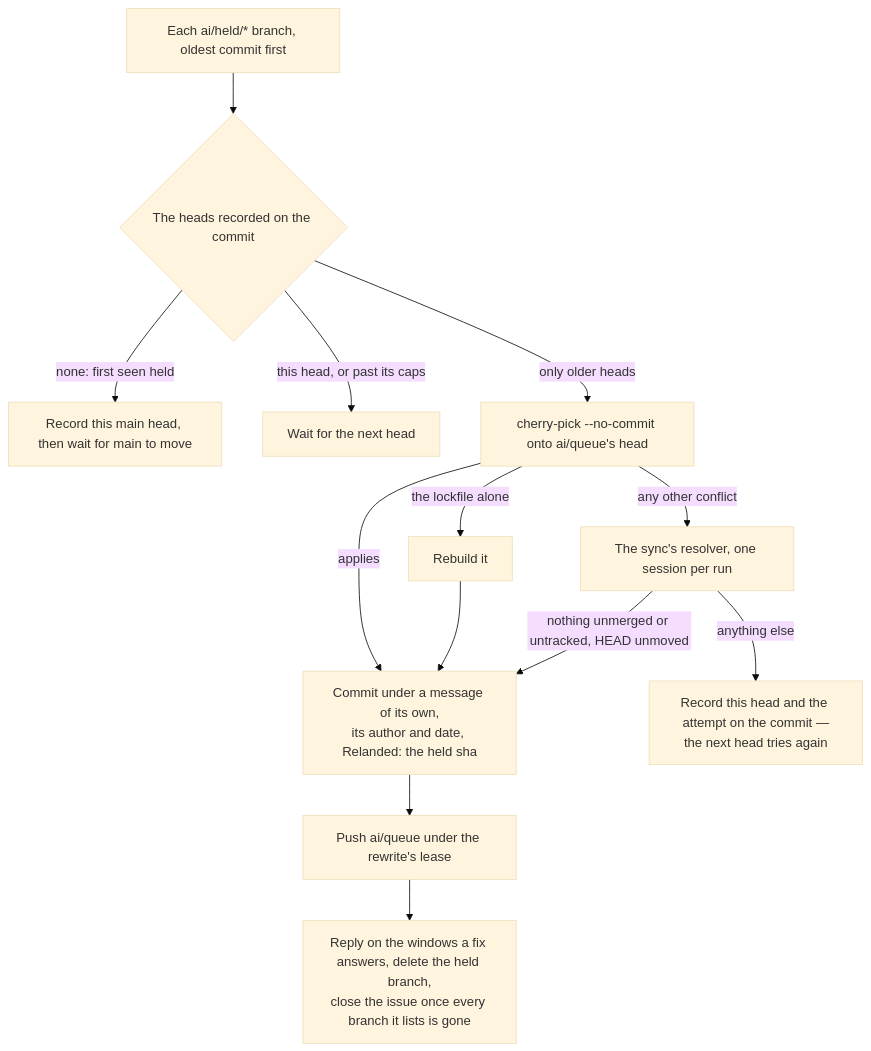
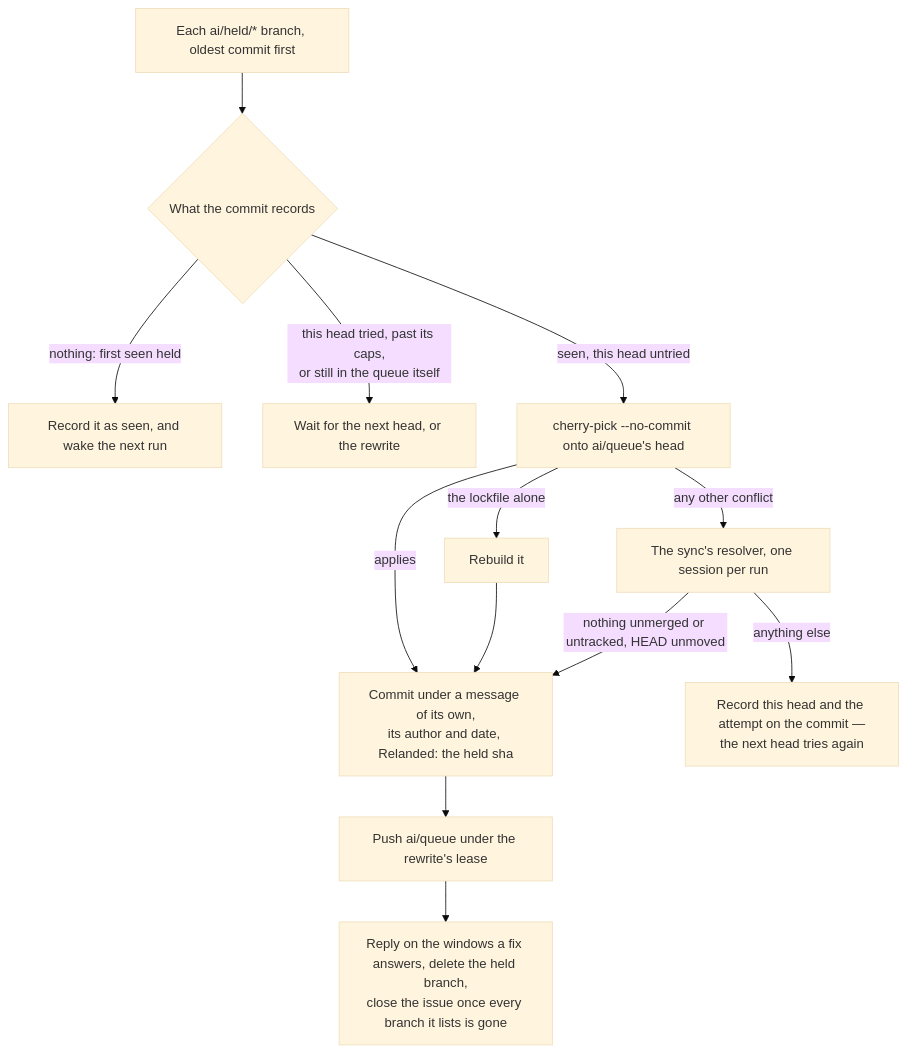
One commit to Esposter/Esposter changed the fourth of 4 diagrams in apps/web/content/docs/infra/review-collector/collection-cycle.md. Above: the diagram before and after it, drawn with Mermaid (base theme). The commit also changed other lines of this file and 2 other files, not shown here.

First line of the commit message:
docs(review-collector): a claim's count rides its patch, a held commit is tried on the run after its park, and a skipped release is cut into windows

````diff
--- a/apps/web/content/docs/infra/review-collector/collection-cycle.md
+++ b/apps/web/content/docs/infra/review-collector/collection-cycle.md
@@ -191,13 +191,13 @@
 ```mermaid
 flowchart TD
-  H[Each ai/held/* branch, oldest commit first] --> S{The heads recorded on the commit}
-  S -->|none: first seen held| R[Record this main head, then wait for main to move]
-  S -->|this head, or past its caps| W[Wait for the next head]
-  S -->|only older heads| P[cherry-pick --no-commit onto ai/queue's head]
+  H[Each ai/held/* branch, oldest commit first] --> S{What the commit records}
+  S -->|nothing: first seen held| R[Record it as seen, and wake the next run]
+  S -->|this head tried, past its caps,<br/>or still in the queue itself| W[Wait for the next head, or the rewrite]
+  S -->|seen, this head untried| P[cherry-pick --no-commit onto ai/queue's head]
   P -->|applies| C[Commit under a message of its own,<br/>its author and date, Relanded: the held sha]
   P -->|the lockfile alone| L[Rebuild it] --> C
   P -->|any other conflict| X[The sync's resolver, one session per run]
   X -->|nothing unmerged or untracked, HEAD unmoved| C
   X -->|anything else| F[Record this head and the attempt on the commit —<br/>the next head tries again]
   C --> U[Push ai/queue under the rewrite's lease] --> D[Reply on the windows a fix answers, delete the held branch,<br/>close the issue once every branch it lists is gone]
 ```
````
